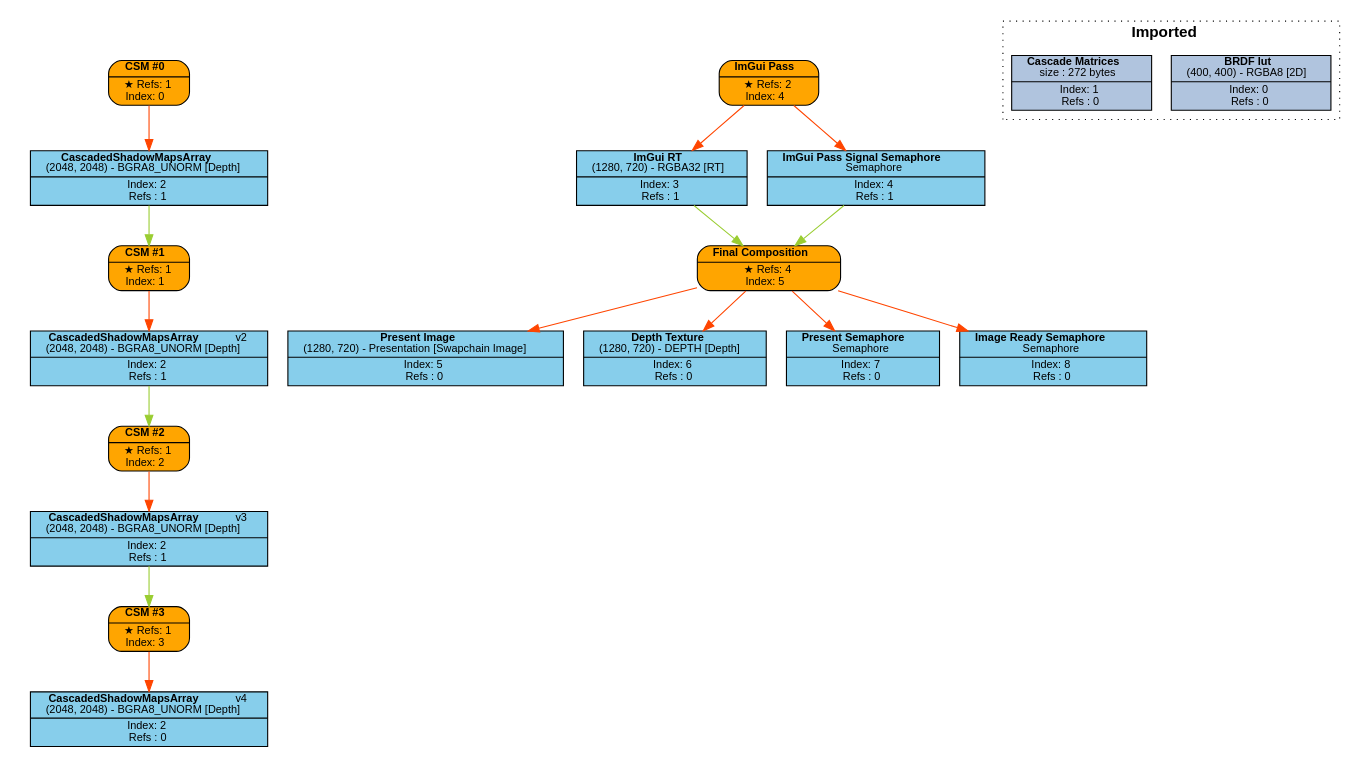
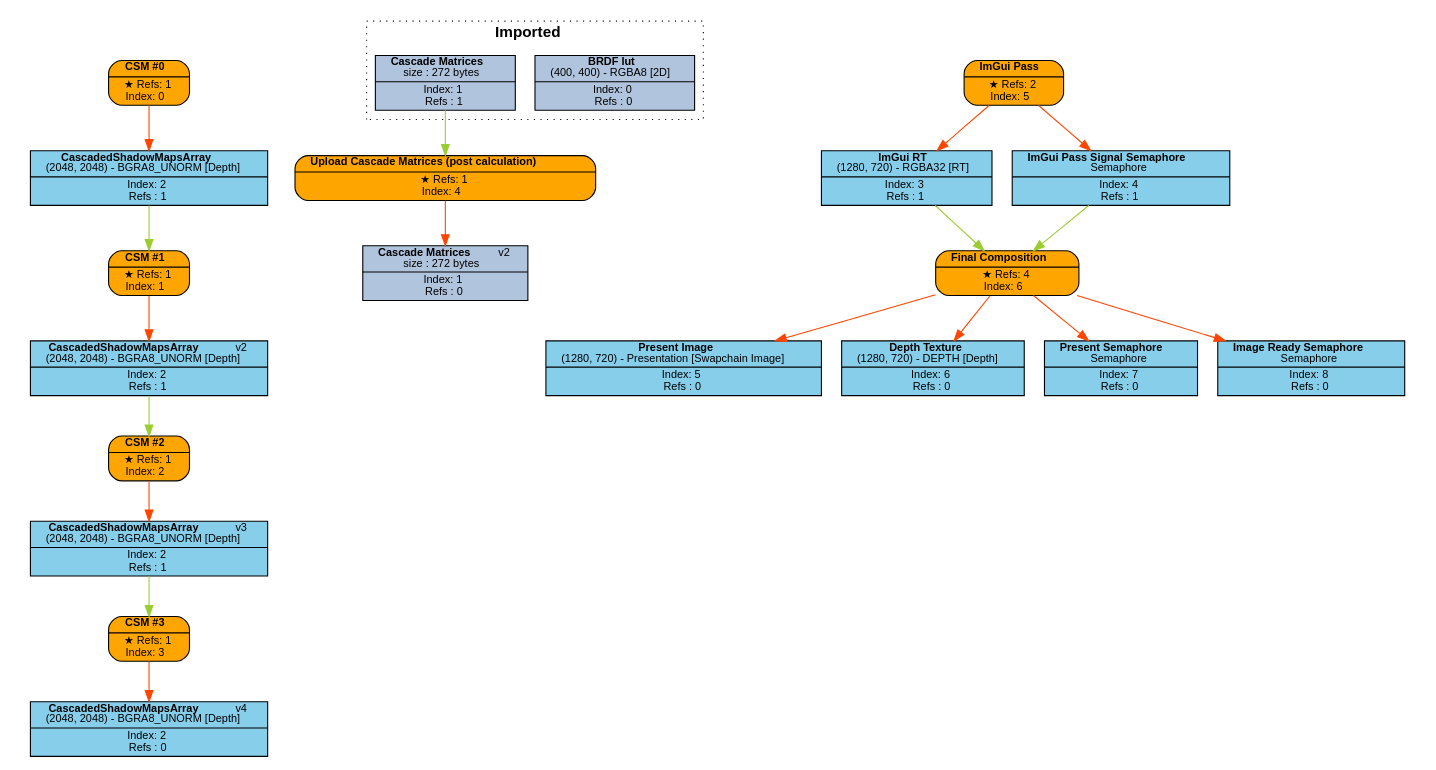
Before and after one commit to Pikachuxxxx/Razix: the diagram in Engine/content/FrameGraphs/frame_graph_test.dot, drawn with Graphviz. The commit also changed 4 other files, not shown here.

```diff
--- a/Engine/content/FrameGraphs/frame_graph_test.dot
+++ b/Engine/content/FrameGraphs/frame_graph_test.dot
@@ -1,69 +1,76 @@
 digraph FrameGraph {
 graph [style=invis, rankdir="TB" ordering=out, splines=spline]
 node [shape=record, fontname="helvetica", fontsize=10, margin="0.2,0.03"]
 
 P0 [label=<{ {<B>CSM #0</B>} | {&#x2605; Refs: 1<BR/> Index: 0} }> style="rounded,filled", fillcolor=orange]
 P1 [label=<{ {<B>CSM #1</B>} | {&#x2605; Refs: 1<BR/> Index: 1} }> style="rounded,filled", fillcolor=orange]
 P2 [label=<{ {<B>CSM #2</B>} | {&#x2605; Refs: 1<BR/> Index: 2} }> style="rounded,filled", fillcolor=orange]
 P3 [label=<{ {<B>CSM #3</B>} | {&#x2605; Refs: 1<BR/> Index: 3} }> style="rounded,filled", fillcolor=orange]
-P4 [label=<{ {<B>ImGui Pass</B>} | {&#x2605; Refs: 2<BR/> Index: 4} }> style="rounded,filled", fillcolor=orange]
-P5 [label=<{ {<B>Final Composition</B>} | {&#x2605; Refs: 4<BR/> Index: 5} }> style="rounded,filled", fillcolor=orange]
+P4 [label=<{ {<B>Upload Cascade Matrices (post calculation)</B>} | {&#x2605; Refs: 1<BR/> Index: 4} }> style="rounded,filled", fillcolor=orange]
+P5 [label=<{ {<B>ImGui Pass</B>} | {&#x2605; Refs: 2<BR/> Index: 5} }> style="rounded,filled", fillcolor=orange]
+P6 [label=<{ {<B>Final Composition</B>} | {&#x2605; Refs: 4<BR/> Index: 6} }> style="rounded,filled", fillcolor=orange]
 
 R0_1 [label=<{ {<B>BRDF lut</B><BR/>(400, 400) - RGBA8 [2D]} | {Index: 0<BR/>Refs : 0} }> style=filled, fillcolor=lightsteelblue]
-R1_1 [label=<{ {<B>Cascade Matrices</B><BR/>size : 272 bytes} | {Index: 1<BR/>Refs : 0} }> style=filled, fillcolor=lightsteelblue]
+R1_1 [label=<{ {<B>Cascade Matrices</B><BR/>size : 272 bytes} | {Index: 1<BR/>Refs : 1} }> style=filled, fillcolor=lightsteelblue]
 R2_1 [label=<{ {<B>CascadedShadowMapsArray</B><BR/>(2048, 2048) - BGRA8_UNORM [Depth]} | {Index: 2<BR/>Refs : 1} }> style=filled, fillcolor=skyblue]
 R2_2 [label=<{ {<B>CascadedShadowMapsArray</B>   <FONT>v2</FONT><BR/>(2048, 2048) - BGRA8_UNORM [Depth]} | {Index: 2<BR/>Refs : 1} }> style=filled, fillcolor=skyblue]
 R2_3 [label=<{ {<B>CascadedShadowMapsArray</B>   <FONT>v3</FONT><BR/>(2048, 2048) - BGRA8_UNORM [Depth]} | {Index: 2<BR/>Refs : 1} }> style=filled, fillcolor=skyblue]
 R2_4 [label=<{ {<B>CascadedShadowMapsArray</B>   <FONT>v4</FONT><BR/>(2048, 2048) - BGRA8_UNORM [Depth]} | {Index: 2<BR/>Refs : 0} }> style=filled, fillcolor=skyblue]
+R1_2 [label=<{ {<B>Cascade Matrices</B>   <FONT>v2</FONT><BR/>size : 272 bytes} | {Index: 1<BR/>Refs : 0} }> style=filled, fillcolor=lightsteelblue]
 R3_1 [label=<{ {<B>ImGui RT</B><BR/>(1280, 720) - RGBA32 [RT]} | {Index: 3<BR/>Refs : 1} }> style=filled, fillcolor=skyblue]
 R4_1 [label=<{ {<B>ImGui Pass Signal Semaphore</B><BR/>Semaphore} | {Index: 4<BR/>Refs : 1} }> style=filled, fillcolor=skyblue]
 R5_1 [label=<{ {<B>Present Image</B><BR/>(1280, 720) - Presentation [Swapchain Image]} | {Index: 5<BR/>Refs : 0} }> style=filled, fillcolor=skyblue]
 R6_1 [label=<{ {<B>Depth Texture</B><BR/>(1280, 720) - DEPTH [Depth]} | {Index: 6<BR/>Refs : 0} }> style=filled, fillcolor=skyblue]
 R7_1 [label=<{ {<B>Present Semaphore</B><BR/>Semaphore} | {Index: 7<BR/>Refs : 0} }> style=filled, fillcolor=skyblue]
 R8_1 [label=<{ {<B>Image Ready Semaphore</B><BR/>Semaphore} | {Index: 8<BR/>Refs : 0} }> style=filled, fillcolor=skyblue]
 
 P0 -> { R2_1 } [color=orangered]
 P1 -> { R2_2 } [color=orangered]
 P2 -> { R2_3 } [color=orangered]
 P3 -> { R2_4 } [color=orangered]
-P4 -> { R3_1 R4_1 } [color=orangered]
-P5 -> { R5_1 R6_1 R7_1 R8_1 } [color=orangered]
+P4 -> { R1_2 } [color=orangered]
+P5 -> { R3_1 R4_1 } [color=orangered]
+P6 -> { R5_1 R6_1 R7_1 R8_1 } [color=orangered]
 
 R0_1 -> { } [color=olivedrab3]
-R1_1 -> { } [color=olivedrab3]
+R1_1 -> { P4 } [color=olivedrab3]
 R2_1 -> { P1 } [color=olivedrab3]
 R2_2 -> { P2 } [color=olivedrab3]
 R2_3 -> { P3 } [color=olivedrab3]
 R2_4 -> { } [color=olivedrab3]
-R3_1 -> { P5 } [color=olivedrab3]
-R4_1 -> { P5 } [color=olivedrab3]
+R1_2 -> { } [color=olivedrab3]
+R3_1 -> { P6 } [color=olivedrab3]
+R4_1 -> { P6 } [color=olivedrab3]
 R5_1 -> { } [color=olivedrab3]
 R6_1 -> { } [color=olivedrab3]
 R7_1 -> { } [color=olivedrab3]
 R8_1 -> { } [color=olivedrab3]
 
 subgraph cluster_0 {
 P0 R2_1 
 }
 subgraph cluster_1 {
 P1 
 }
 subgraph cluster_2 {
 P2 
 }
 subgraph cluster_3 {
 P3 
 }
 subgraph cluster_4 {
-P4 R3_1 R4_1 
+P4 
 }
 subgraph cluster_5 {
-P5 R5_1 R6_1 R7_1 R8_1 
+P5 R3_1 R4_1 
+}
+subgraph cluster_6 {
+P6 R5_1 R6_1 R7_1 R8_1 
 }
 
 subgraph cluster_imported_resources {
 graph [style=dotted, fontname="helvetica", label=< <B>Imported</B> >]
 R0_1 R1_1 
 }
 
 }
```
